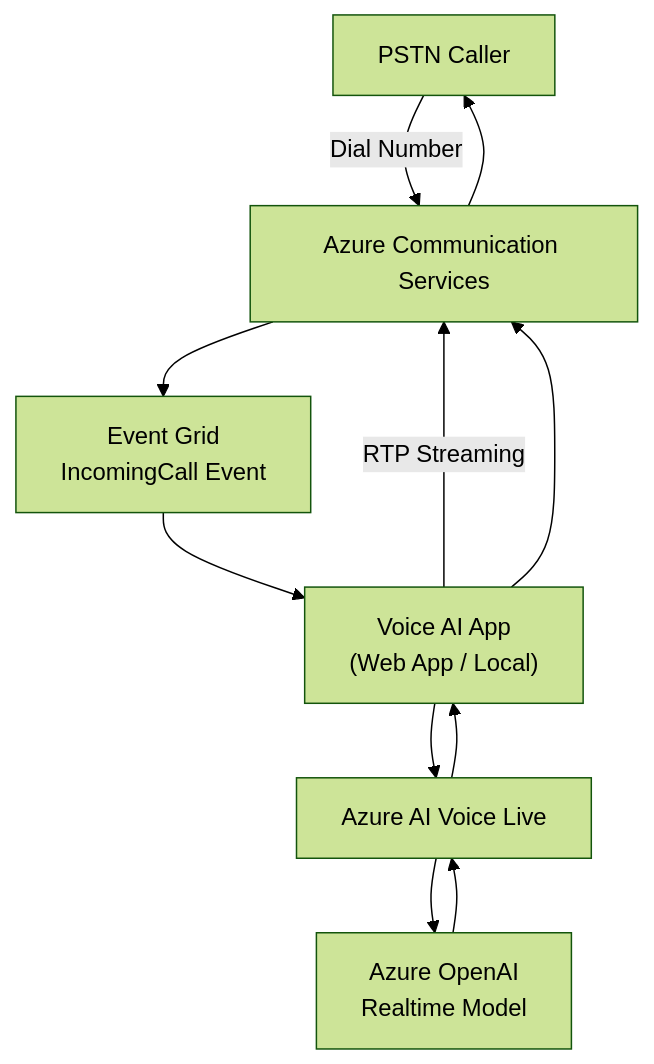
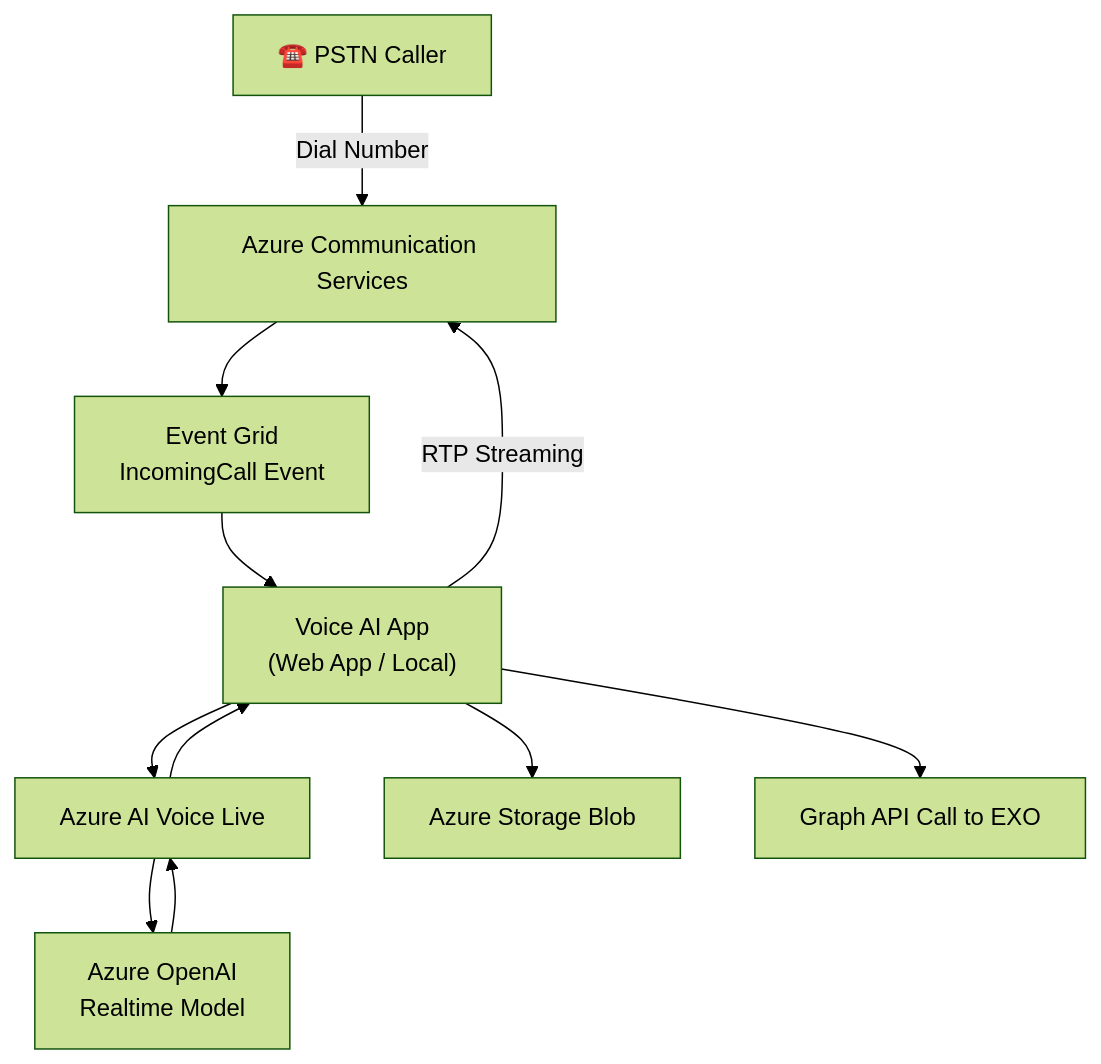
One commit to p0mmy1978/Azure-Voice-AI changed the second of 2 diagrams in README.md. Above: the diagram before and after it, drawn with Mermaid (forest theme).

````diff
--- a/README.md
+++ b/README.md
@@ -156,13 +156,13 @@
 ```mermaid
 graph TD
-  A["PSTN Caller"] -->|Dial Number| B["Azure Communication Services"]
-  B --> C["Event Grid<br/>IncomingCall Event"]
-  C --> D["Voice AI App<br/>(Web App / Local)"]
-  D -->|RTP Streaming| B
-  D --> E["Azure AI Voice Live"]
-  E --> F["Azure OpenAI<br/>Realtime Model"]
-  F --> E
-  E --> D
-  D --> B
-  B --> A
+  Caller["☎️ PSTN Caller"] -->|Dial Number| ACS["Azure Communication Services"]
+  ACS --> EG["Event Grid<br/>IncomingCall Event"]
+  EG --> App["Voice AI App<br/>(Web App / Local)"]
+  App -->|RTP Streaming| ACS
+  App --> VoiceLive["Azure AI Voice Live"]
+  VoiceLive --> OpenAI["Azure OpenAI<br/>Realtime Model"]
+  OpenAI --> VoiceLive
+  VoiceLive --> App
+  App --> A["Azure Storage Blob"]
+  App --> B["Graph API Call to EXO"]
 ```
````
